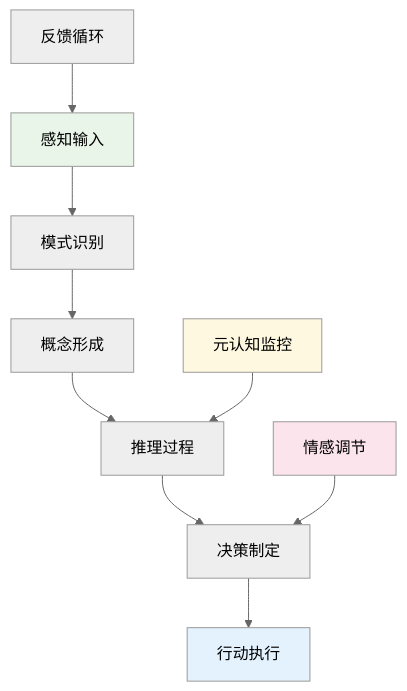
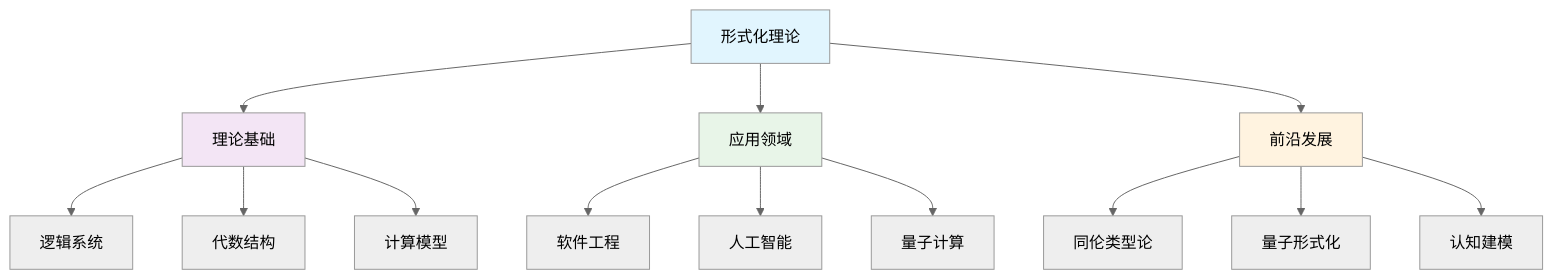
The second of 3 diagrams in analysis/1-形式化理论/1.x-其他形式化主题.md (AdaMartin18010/Lean), drawn with Mermaid (neutral theme) before and after one commit. The commit also changed other lines of this file and 1 other file, not shown here.

````diff
--- a/analysis/1-形式化理论/1.x-其他形式化主题.md
+++ b/analysis/1-形式化理论/1.x-其他形式化主题.md
@@ -482,17 +455,23 @@
 ```mermaid
-flowchart TD
-    A[感知输入] --> B[模式识别]
-    B --> C[概念形成]
-    C --> D[推理过程]
-    D --> E[决策制定]
-    E --> F[行动执行]
+graph TB
+    A[形式化理论] --> B[理论基础]
+    A --> C[应用领域]
+    A --> D[前沿发展]
     
-    G[反馈循环] --> A
-    H[元认知监控] --> D
-    I[情感调节] --> E
+    B --> E[逻辑系统]
+    B --> F[代数结构]
+    B --> G[计算模型]
     
-    style A fill:#e8f5e8
-    style F fill:#e3f2fd
-    style H fill:#fff8e1
-    style I fill:#fce4ec
+    C --> H[软件工程]
+    C --> I[人工智能]
+    C --> J[量子计算]
+    
+    D --> K[同伦类型论]
+    D --> L[量子形式化]
+    D --> M[认知建模]
+    
+    style A fill:#e1f5fe
+    style B fill:#f3e5f5
+    style C fill:#e8f5e8
+    style D fill:#fff3e0
 ```
````
